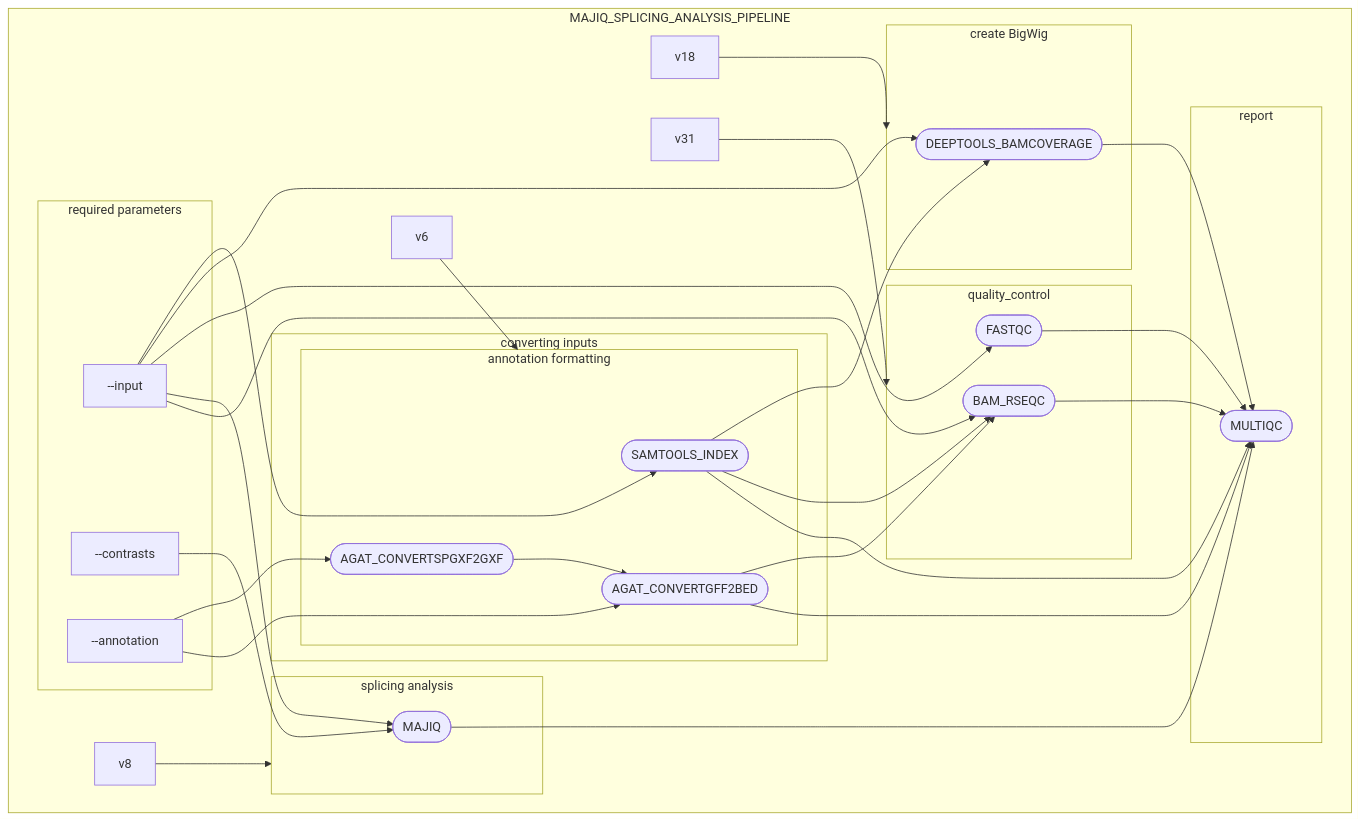
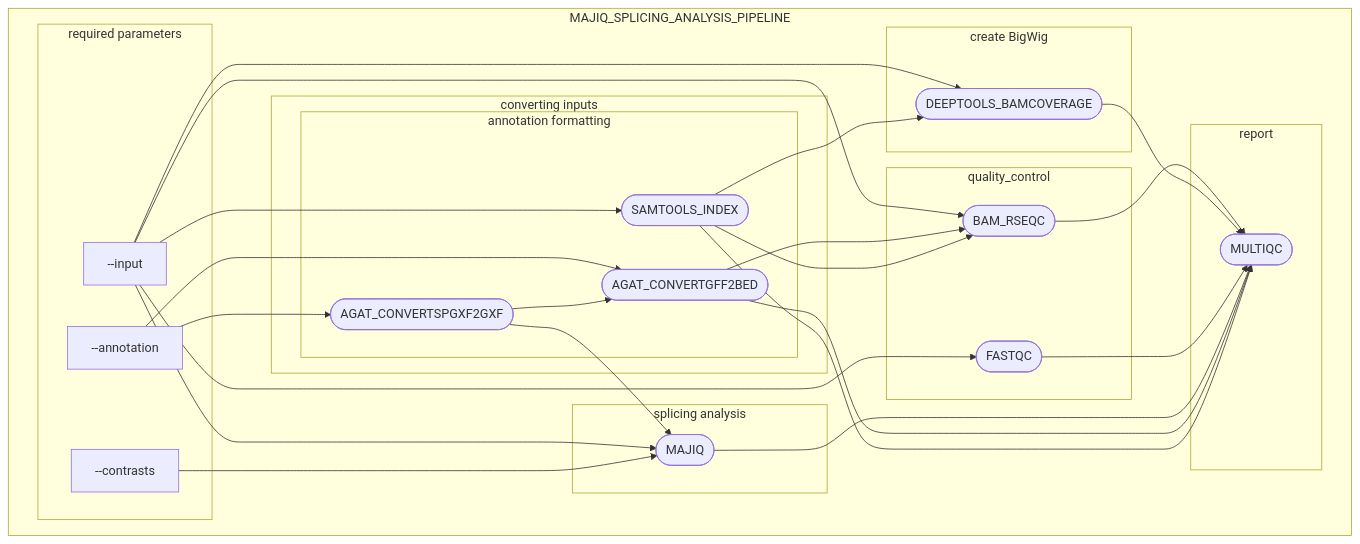
The diagram in README.md (ZarnackGroup/majiq_splicing_analysis_pipeline), drawn with Mermaid before and after one commit.

Commit message:
updated mermaid

````diff
--- a/README.md
+++ b/README.md
@@ -14,56 +14,53 @@
 ```mermaid
 flowchart TB
   subgraph MAJIQ_SPLICING_ANALYSIS_PIPELINE
     subgraph required parameters
       v0["--input"]
       v2["--annotation"]
       v1["--contrasts"]
     end
 
     subgraph s20["converting inputs"]
           subgraph s2["annotation formatting"]
                v15([SAMTOOLS_INDEX])
           end
           subgraph s2["annotation formatting"]
                v9([AGAT_CONVERTSPGXF2GXF])
                v12([AGAT_CONVERTGFF2BED])
           end
      end
     subgraph s3["splicing analysis"]
       v25([MAJIQ])
     end
     subgraph s4["create BigWig"]
       v19([DEEPTOOLS_BAMCOVERAGE])
     end
     subgraph s7["quality_control"]
       v32([BAM_RSEQC])
       v22([FASTQC])
     end
     subgraph report
       v63([MULTIQC])
     end
     v0 --> v15
     v0 --> v19
     v15 --> v19
     v0 --> v22
     v0 --> v25
     v1 --> v25
     v0 --> v32
     v2 --> v9
     v2 --> v12
     v9 --> v12
+    v9 --> v25
     v12 --> v32
     v15 --> v32
     v32 --> v63
     v19 --> v63
     v22 --> v63
     v25 --> v63
     v12 --> v63
     v15 --> v63
-    v6 --> s2
-    v8 --> s3
-    v18 --> s4
-    v31 --> s7
   end
 
 ```
````
